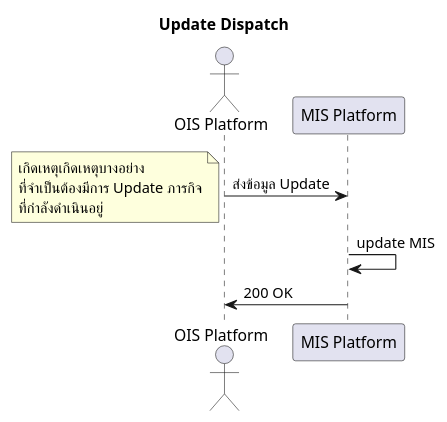
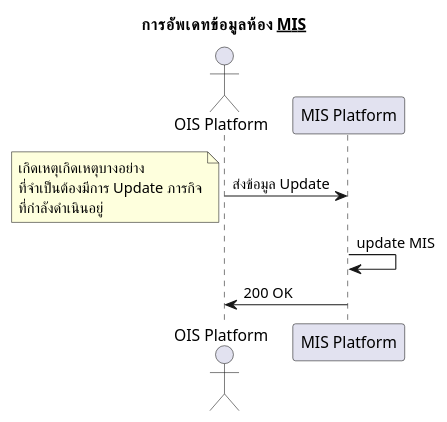
Before and after one commit to lionants02/mis-api-doc: the diagram in uml/update_dispatch.plantuml, drawn with PlantUML. The commit also changed 10 other files, not shown here.

```diff
--- a/uml/update_dispatch.plantuml
+++ b/uml/update_dispatch.plantuml
@@ -1,8 +1,8 @@
 @startuml
-Title Update Dispatch
+Title การอัพเดทข้อมูลห้อง __MIS__
 actor "OIS Platform" as OIS
   OIS -> "MIS Platform": ส่งข้อมูล Update
   note left: เกิดเหตุเกิดเหตุบางอย่าง\nที่จำเป็นต้องมีการ Update ภารกิจ\nที่กำลังดำเนินอยู่
   "MIS Platform" -> "MIS Platform": update MIS
   "MIS Platform" -> OIS: 200 OK
 @enduml
```
